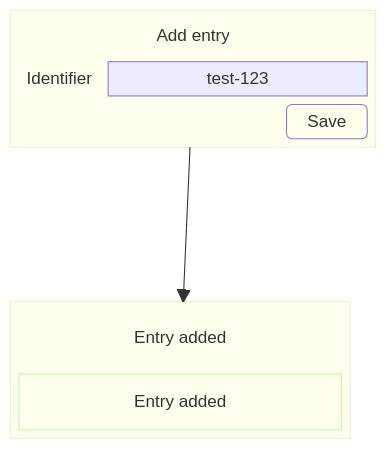
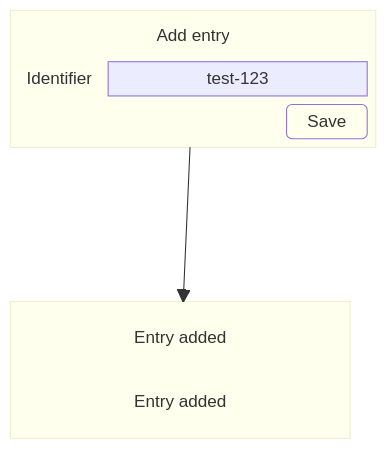
Before and after one commit to itk-dev/referenceregister: the diagram in docs/index.md, drawn with Mermaid. The commit also changed other lines of this file and 38 other files, not shown here.

````diff
--- a/docs/index.md
+++ b/docs/index.md
@@ -3,41 +3,41 @@
 ``` mermaid
 ---
 config:
   # theme: forest
   # fontFamily: serif
 ---
 block
   columns 1
 
   block:page_add_entry
     columns 4
     title_add_entry["Add entry"]:4
     label_identifier["Identifier"]         input_name["test-123"]:3
     space:3 button_save("Save")
 
     class title_add_entry title
     class label_identifier label
     class input_identifier input
     class button_save button
   end
 
   space
 
   block:page_entry_added
     columns 1
     title_entry_added["Entry added"]
     message_entry_added["Entry added"]
 
     class title_entry_added title
     class message_entry_added message_success
   end
 
   page_add_entry --> page_entry_added
 
   classDef title fill:none,stroke:none
   classDef message fill:none,stroke:none
-  classDef message_success fill:none,stroke:#afa
+  classDef message_success fill:none,stroke:none
   classDef label fill:none,stroke:none,label-position:right
   classDef input fill:none,label-position:left, label-padding: 5
   classDef button fill:none
 ```
````
